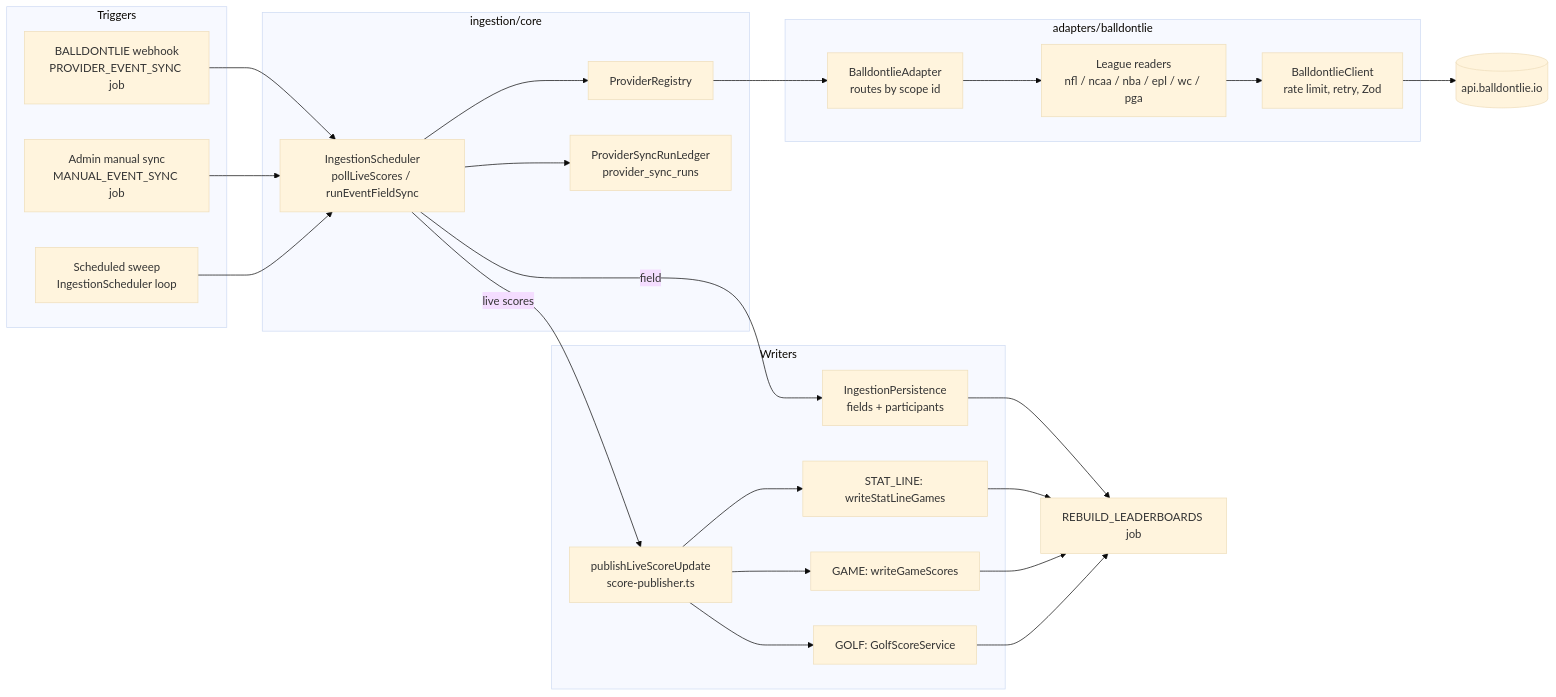
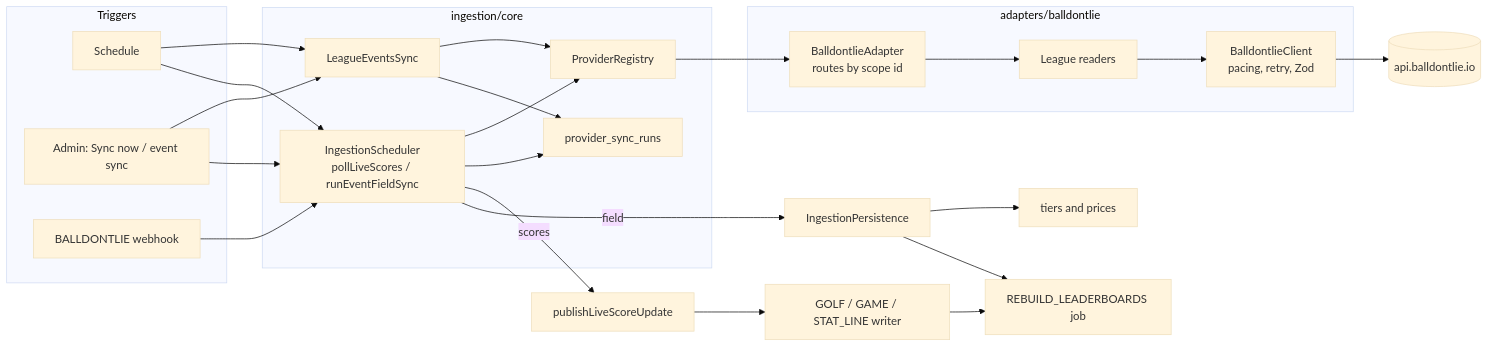
The first of 2 diagrams in docs/LIVE-SPORTS-DATA-SYNC.md (derek-dorazio/pool-master), drawn with Mermaid (base theme) before and after one commit. The commit also changed other lines of this file and 3 other files, not shown here.

First line of the commit message:
Rewrite the live sports data sync doc for the sync-only model, and shorten it (#1911)

````diff
--- a/docs/LIVE-SPORTS-DATA-SYNC.md
+++ b/docs/LIVE-SPORTS-DATA-SYNC.md
@@ -39,34 +29,26 @@
 ```mermaid
 flowchart LR
   subgraph Triggers
-    T1[Scheduled sweep<br/>IngestionScheduler loop]
-    T2[Admin manual sync<br/>MANUAL_EVENT_SYNC job]
-    T3[BALLDONTLIE webhook<br/>PROVIDER_EVENT_SYNC job]
+    T1[Schedule]
+    T2[Admin: Sync now / event sync]
+    T3[BALLDONTLIE webhook]
   end
   subgraph Core["ingestion/core"]
     S[IngestionScheduler<br/>pollLiveScores / runEventFieldSync]
+    E[LeagueEventsSync]
     R[ProviderRegistry]
-    L[ProviderSyncRunLedger<br/>provider_sync_runs]
+    L[provider_sync_runs]
   end
   subgraph Adapter["adapters/balldontlie"]
     A[BalldontlieAdapter<br/>routes by scope id]
-    RD[League readers<br/>nfl / ncaa / nba / epl / wc / pga]
-    C[BalldontlieClient<br/>rate limit, retry, Zod]
+    RD[League readers]
+    C[BalldontlieClient<br/>pacing, retry, Zod]
   end
-  subgraph Write["Writers"]
-    P[publishLiveScoreUpdate<br/>score-publisher.ts]
-    G[GOLF: GolfScoreService]
-    H[GAME: writeGameScores]
-    SL[STAT_LINE: writeStatLineGames]
-    IP[IngestionPersistence<br/>fields + participants]
-  end
-  T1 --> S
-  T2 --> S
-  T3 --> S
-  S --> R --> A --> RD --> C --> V[(api.balldontlie.io)]
-  S --> L
-  S -- live scores --> P
-  P --> G & H & SL
-  S -- field --> IP
-  G & H & SL & IP --> J[REBUILD_LEADERBOARDS job]
+  T1 & T2 --> E
+  T1 & T2 & T3 --> S
+  E & S --> R --> A --> RD --> C --> V[(api.balldontlie.io)]
+  E & S --> L
+  S -- scores --> P[publishLiveScoreUpdate] --> W[GOLF / GAME / STAT_LINE writer]
+  S -- field --> IP[IngestionPersistence] --> TP[tiers and prices]
+  W & IP --> J[REBUILD_LEADERBOARDS job]
 ```
````
